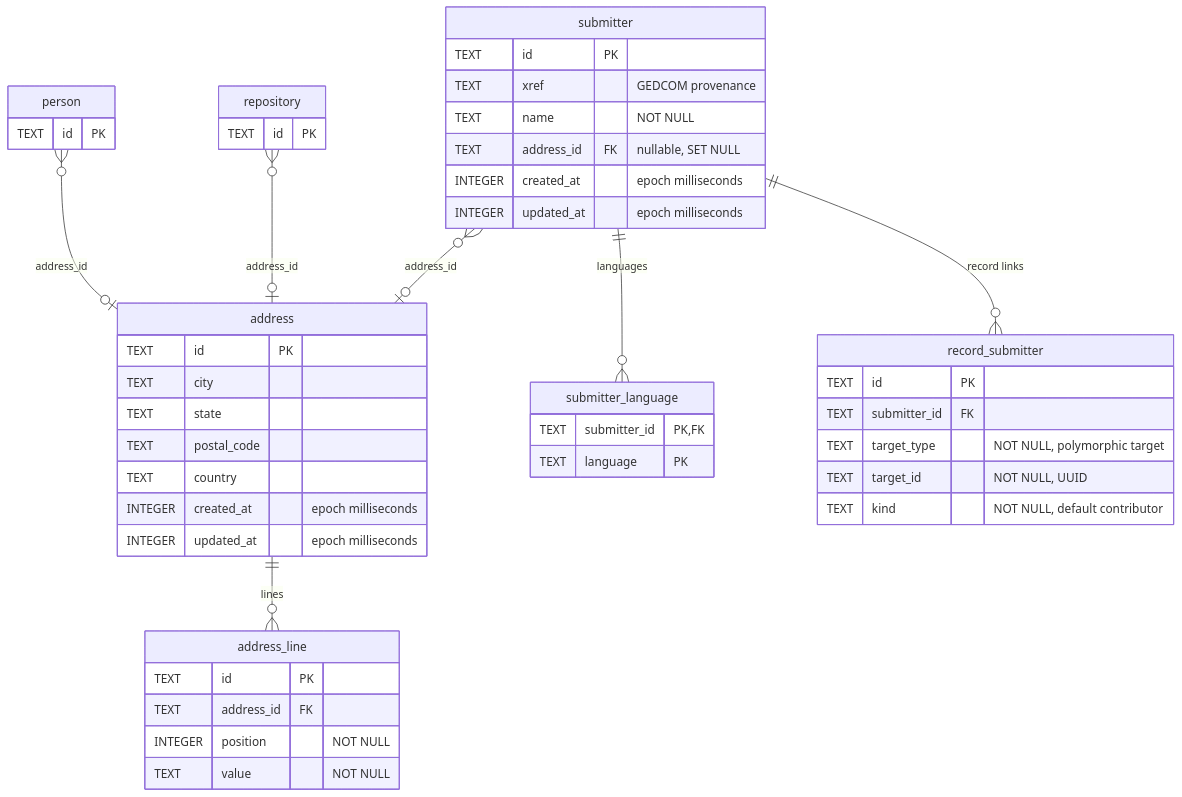
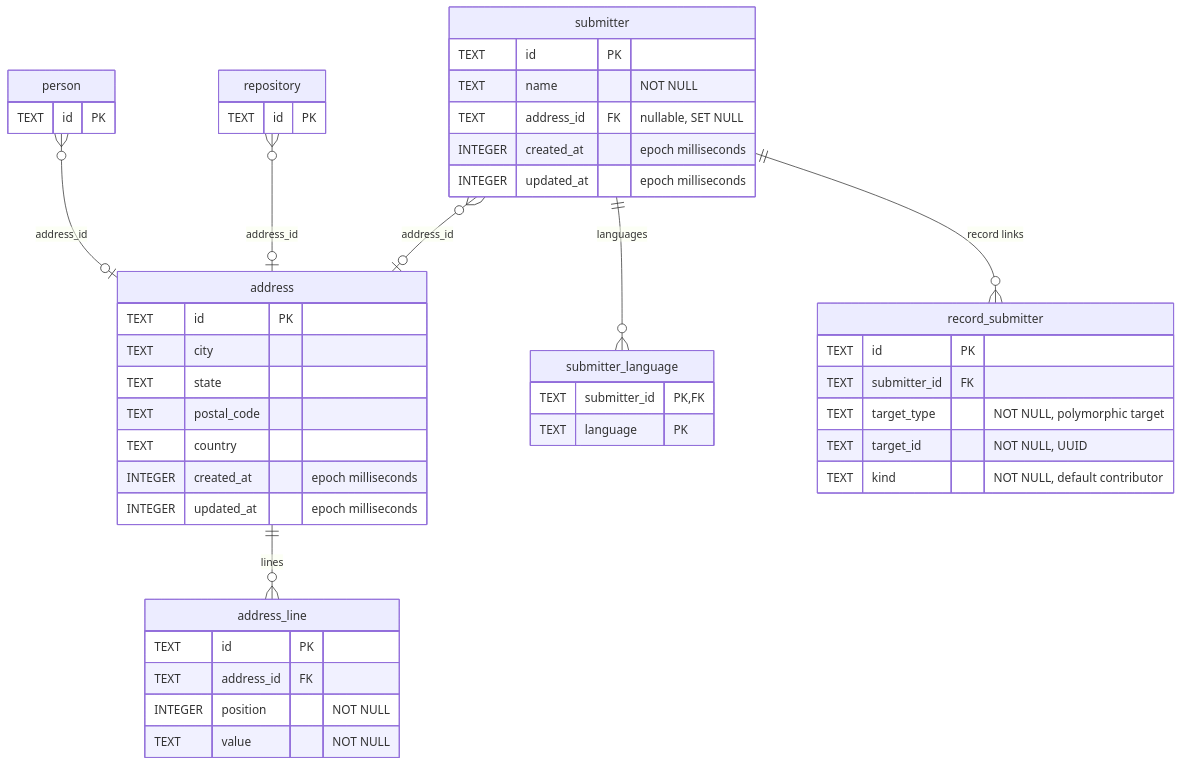
Diagram 11 of 12 in docs/db-schema.md (borisovodov/doru), drawn with Mermaid before and after one commit. The commit also changed other lines of this file and 80 other files, not shown here.

````diff
--- a/docs/db-schema.md
+++ b/docs/db-schema.md
@@ -817,56 +794,55 @@
 ```mermaid
 erDiagram
     address ||--o{ address_line : "lines"
     person }o--o| address : "address_id"
     repository }o--o| address : "address_id"
     submitter }o--o| address : "address_id"
     submitter ||--o{ submitter_language : "languages"
     submitter ||--o{ record_submitter : "record links"
 
     address {
         TEXT id PK
         TEXT city
         TEXT state
         TEXT postal_code
         TEXT country
         INTEGER created_at "epoch milliseconds"
         INTEGER updated_at "epoch milliseconds"
     }
 
     address_line {
         TEXT id PK
         TEXT address_id FK
         INTEGER position "NOT NULL"
         TEXT value "NOT NULL"
     }
 
     submitter {
         TEXT id PK
-        TEXT xref "GEDCOM provenance"
         TEXT name "NOT NULL"
         TEXT address_id FK "nullable, SET NULL"
         INTEGER created_at "epoch milliseconds"
         INTEGER updated_at "epoch milliseconds"
     }
 
     submitter_language {
         TEXT submitter_id PK, FK
         TEXT language PK
     }
 
     record_submitter {
         TEXT id PK
         TEXT submitter_id FK
         TEXT target_type "NOT NULL, polymorphic target"
         TEXT target_id "NOT NULL, UUID"
         TEXT kind "NOT NULL, default contributor"
     }
 
     person {
         TEXT id PK
     }
 
     repository {
         TEXT id PK
     }
 ```
````
